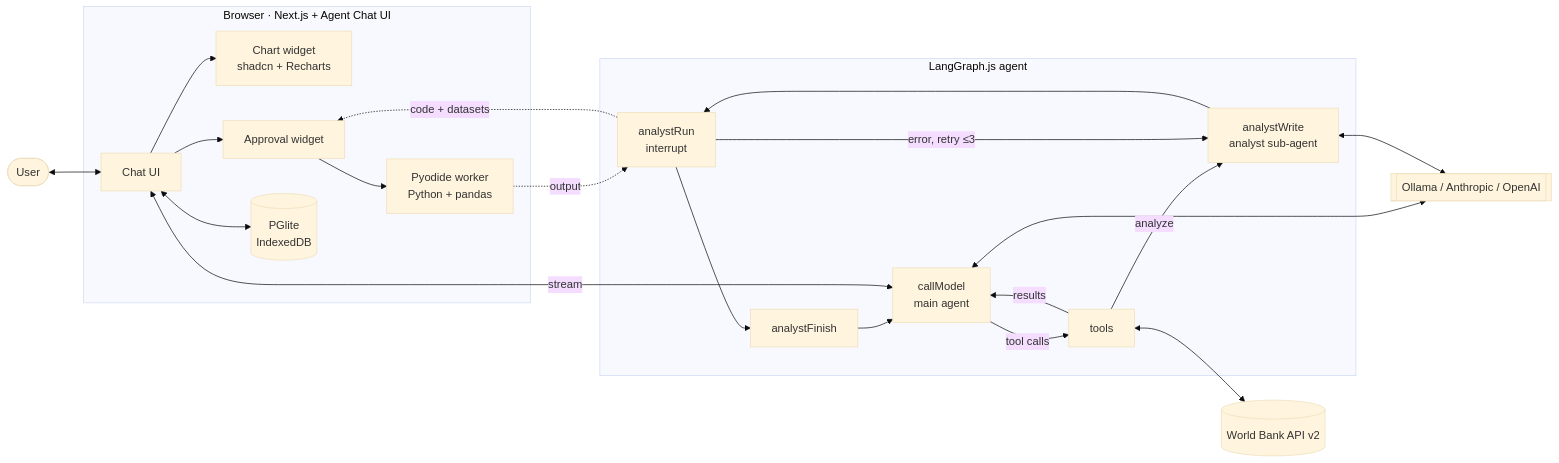
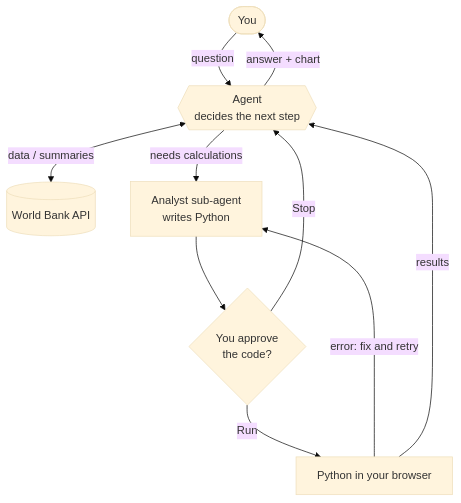
The second of 2 diagrams in README.md (rojikaru/worldbank-agent), drawn with Mermaid (base theme) before and after one commit. The commit also changed other lines of this file, not shown here.

Commit message:
docs: high-level agent diagrams in readme
- plain LLM vs agent loop (plan, act, observe) side by side
- project loop with the human approval gate before code runs;
  node-level graph left to LangGraph Studio

````diff
--- a/README.md
+++ b/README.md
@@ -22,35 +45,12 @@
 ```mermaid
-flowchart LR
-  user([User]) <--> ui
-
-  subgraph browser [Browser · Next.js + Agent Chat UI]
-    ui[Chat UI]
-    chart[Chart widget<br/>shadcn + Recharts]
-    approve[Approval widget]
-    py[Pyodide worker<br/>Python + pandas]
-    db[(PGlite<br/>IndexedDB)]
-    ui --> chart
-    ui --> approve --> py
-    ui <--> db
-  end
-
-  subgraph server [LangGraph.js agent]
-    callModel[callModel<br/>main agent]
-    tools[tools]
-    aw[analystWrite<br/>analyst sub-agent]
-    ar[analystRun<br/>interrupt]
-    af[analystFinish]
-    callModel -- tool calls --> tools
-    tools -- results --> callModel
-    tools -- analyze --> aw --> ar
-    ar -- error, retry ≤3 --> aw
-    ar --> af --> callModel
-  end
-
-  ui <-- stream --> callModel
-  ar -. code + datasets .-> approve
-  py -. output .-> ar
-  tools <--> wb[(World Bank API v2)]
-  callModel <--> llm[[Ollama / Anthropic / OpenAI]]
-  aw <--> llm
+flowchart TB
+  user([You]) -- question --> agent{{Agent<br/>decides the next step}}
+  agent <-- data / summaries --> wb[(World Bank API)]
+  agent -- needs calculations --> analyst[Analyst sub-agent<br/>writes Python]
+  analyst --> gate{You approve<br/>the code?}
+  gate -- Run --> py[Python in your browser]
+  py -- error: fix and retry --> analyst
+  py -- results --> agent
+  gate -- Stop --> agent
+  agent -- answer + chart --> user
 ```
````
